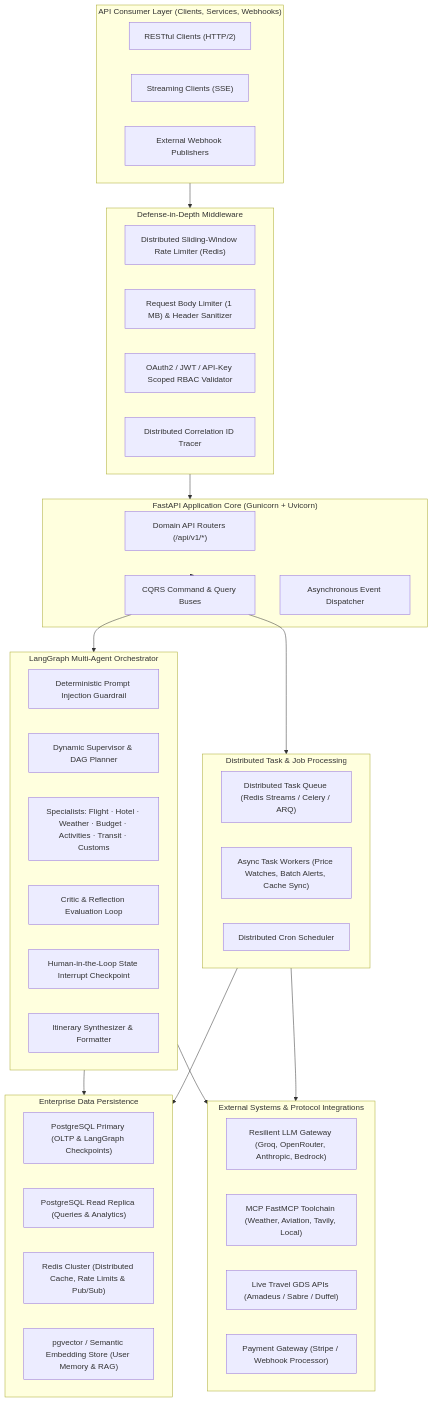
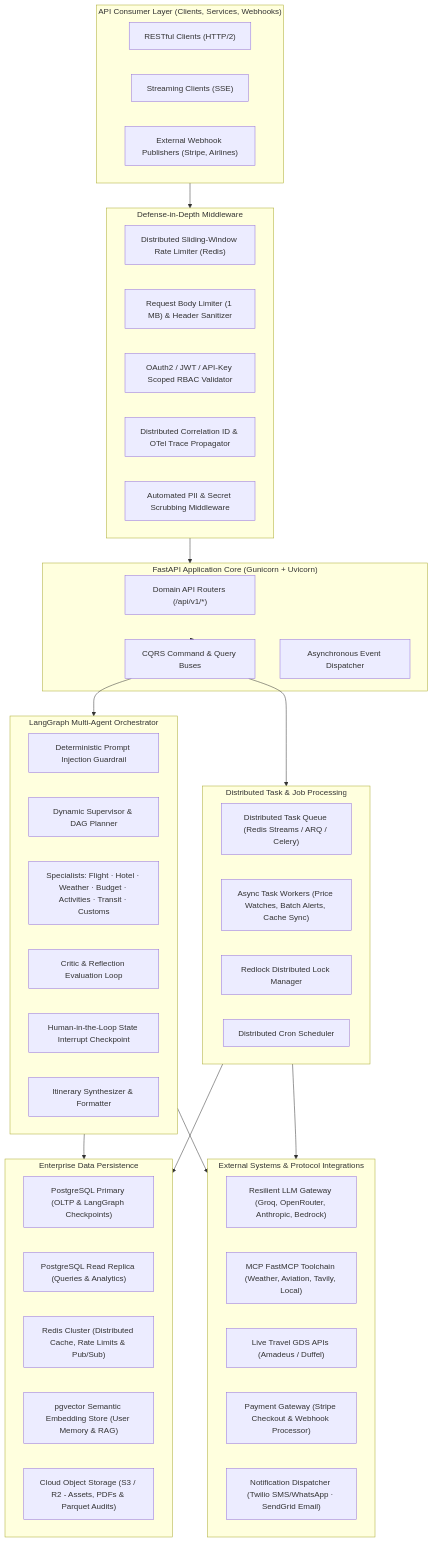
The diagram in BACKEND_REQUIREMENTS_AND_ROADMAP.md (backendwithvishal/Multi_AI_Agent), drawn with Mermaid before and after one commit. The commit also changed other lines of this file and 1 other file, not shown here.

````diff
--- a/BACKEND_REQUIREMENTS_AND_ROADMAP.md
+++ b/BACKEND_REQUIREMENTS_AND_ROADMAP.md
@@ -39,60 +74,64 @@
 ```mermaid
 flowchart TD
     subgraph ClientLayer["API Consumer Layer (Clients, Services, Webhooks)"]
         HTTP["RESTful Clients (HTTP/2)"]
         SSE["Streaming Clients (SSE)"]
-        WH_IN["External Webhook Publishers"]
+        WH_IN["External Webhook Publishers (Stripe, Airlines)"]
     end
 
     subgraph SecurityLayer["Defense-in-Depth Middleware"]
         RL["Distributed Sliding-Window Rate Limiter (Redis)"]
         WAF["Request Body Limiter (1 MB) & Header Sanitizer"]
         AUTH["OAuth2 / JWT / API-Key Scoped RBAC Validator"]
-        CID["Distributed Correlation ID Tracer"]
+        CID["Distributed Correlation ID & OTel Trace Propagator"]
+        PII_SCRUB["Automated PII & Secret Scrubbing Middleware"]
     end
 
     subgraph AppLayer["FastAPI Application Core (Gunicorn + Uvicorn)"]
         ROUTERS["Domain API Routers (/api/v1/*)"]
         CQRS_BUS["CQRS Command & Query Buses"]
         EVT_DISP["Asynchronous Event Dispatcher"]
     end
 
     subgraph AgentLayer["LangGraph Multi-Agent Orchestrator"]
         GUARD["Deterministic Prompt Injection Guardrail"]
         SUP["Dynamic Supervisor & DAG Planner"]
         SPEC["Specialists: Flight · Hotel · Weather · Budget · Activities · Transit · Customs"]
         CRIT["Critic & Reflection Evaluation Loop"]
         HITL["Human-in-the-Loop State Interrupt Checkpoint"]
         SYN["Itinerary Synthesizer & Formatter"]
     end
 
     subgraph AsyncLayer["Distributed Task & Job Processing"]
-        QUEUE["Distributed Task Queue (Redis Streams / Celery / ARQ)"]
+        STREAM_QUEUE["Distributed Task Queue (Redis Streams / ARQ / Celery)"]
         WORKERS["Async Task Workers (Price Watches, Batch Alerts, Cache Sync)"]
+        LOCK_MGR["Redlock Distributed Lock Manager"]
         SCHED["Distributed Cron Scheduler"]
     end
 
     subgraph PersistenceLayer["Enterprise Data Persistence"]
         PG_PRIMARY["PostgreSQL Primary (OLTP & LangGraph Checkpoints)"]
         PG_REPLICA["PostgreSQL Read Replica (Queries & Analytics)"]
         RD_CLUSTER["Redis Cluster (Distributed Cache, Rate Limits & Pub/Sub)"]
-        VEC_DB["pgvector / Semantic Embedding Store (User Memory & RAG)"]
+        VEC_DB["pgvector Semantic Embedding Store (User Memory & RAG)"]
+        OBJ_STORE["Cloud Object Storage (S3 / R2 - Assets, PDFs & Parquet Audits)"]
     end
 
     subgraph ExternalLayer["External Systems & Protocol Integrations"]
         LLM_ROUTER["Resilient LLM Gateway (Groq, OpenRouter, Anthropic, Bedrock)"]
         MCP_SERVERS["MCP FastMCP Toolchain (Weather, Aviation, Tavily, Local)"]
-        GDS_GATEWAY["Live Travel GDS APIs (Amadeus / Sabre / Duffel)"]
-        PAYMENT["Payment Gateway (Stripe / Webhook Processor)"]
+        GDS_GATEWAY["Live Travel GDS APIs (Amadeus / Duffel)"]
+        PAYMENT["Payment Gateway (Stripe Checkout & Webhook Processor)"]
+        NOTIF_GW["Notification Dispatcher (Twilio SMS/WhatsApp · SendGrid Email)"]
     end
 
     ClientLayer --> SecurityLayer
     SecurityLayer --> AppLayer
     AppLayer --> CQRS_BUS
     CQRS_BUS --> AgentLayer
     CQRS_BUS --> AsyncLayer
     AgentLayer --> PersistenceLayer
     AgentLayer --> ExternalLayer
     AsyncLayer --> PersistenceLayer
     AsyncLayer --> ExternalLayer
 ```
````
